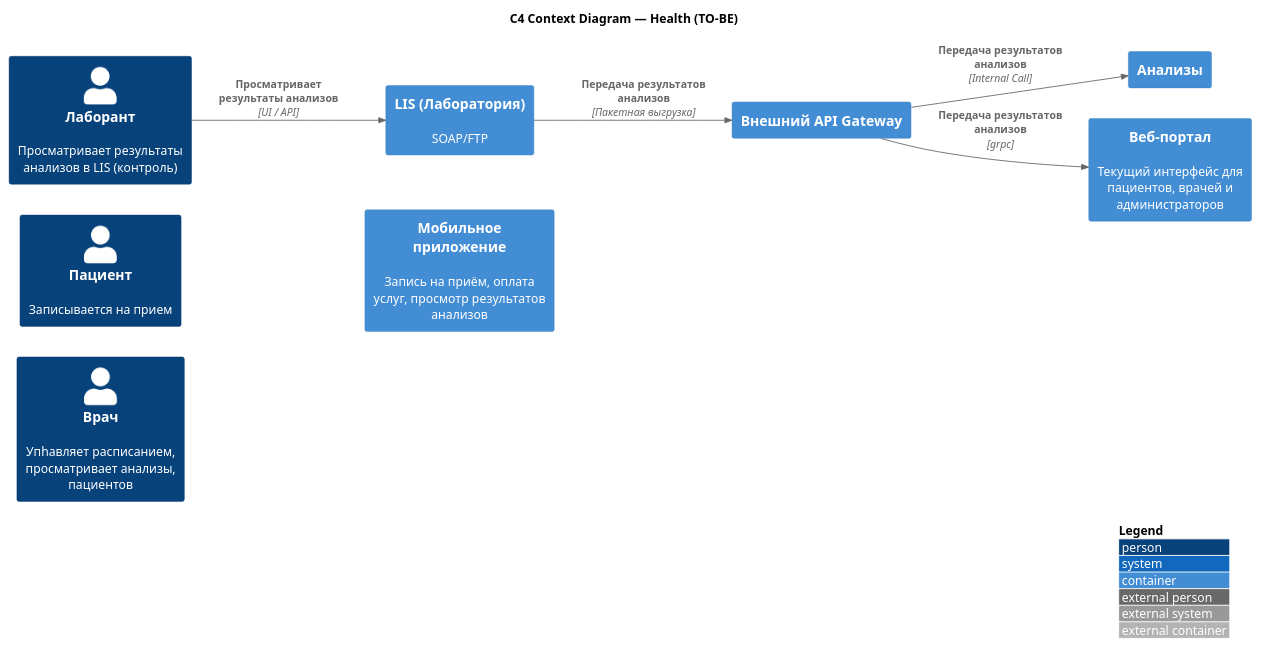
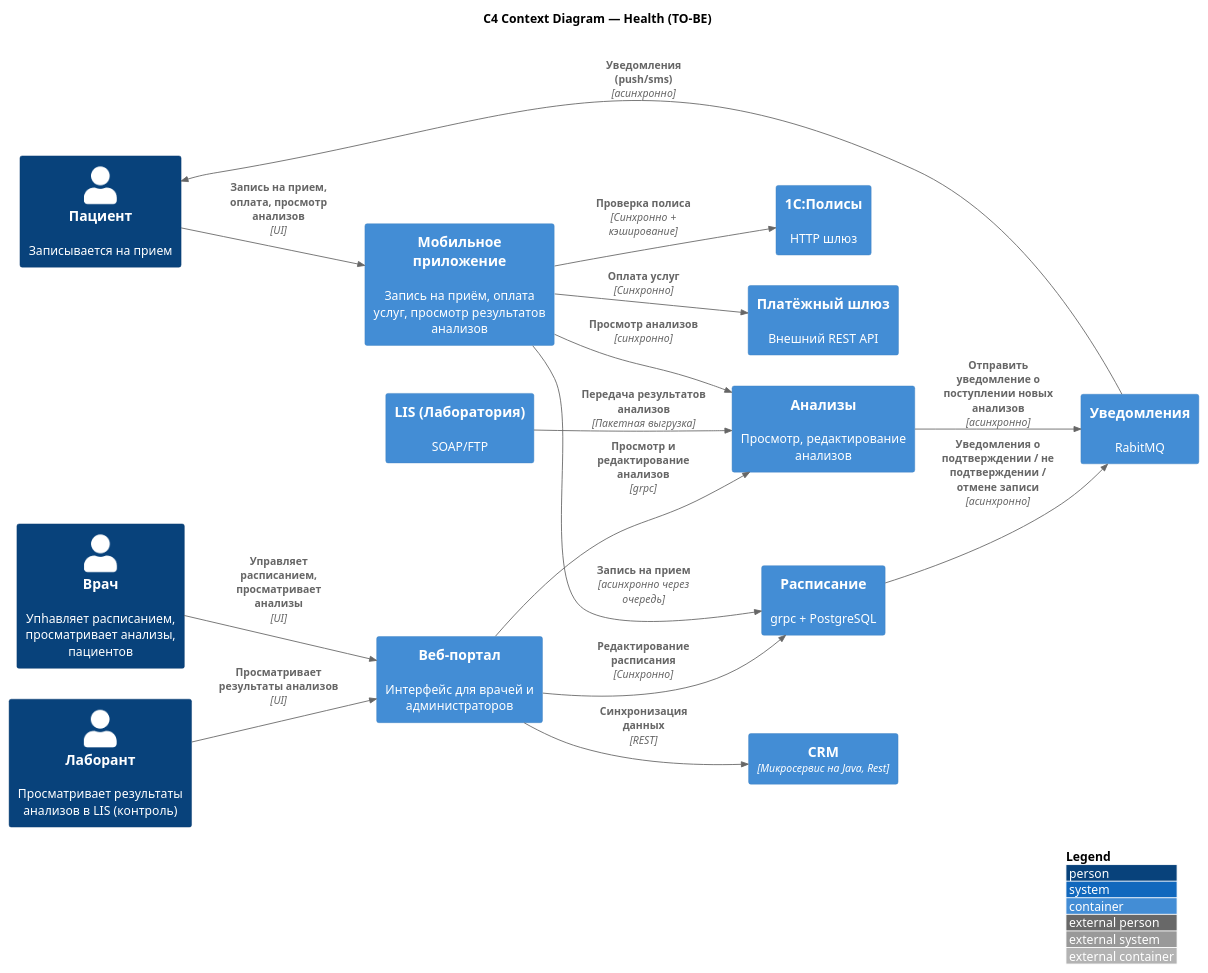
Before and after one commit to wan3s/Solution-Health: the diagram in Task2/tobe.wsd, drawn with PlantUML.

Commit message:
Task 2 done

```diff
--- a/Task2/tobe.wsd
+++ b/Task2/tobe.wsd
@@ -1,23 +1,39 @@
 @startuml
 !include https://raw.githubusercontent.com/plantuml-stdlib/C4-PlantUML/master/C4_Container.puml
 
 LAYOUT_WITH_LEGEND()
 LAYOUT_LEFT_RIGHT()
 
 title C4 Context Diagram — Health (TO-BE)
 Person(patient, "Пациент", "Записывается на прием")
 Person(doctor, "Врач", "Упhавляет расписанием, просматривает анализы, пациентов")
 Person(laborant, "Лаборант", "Просматривает результаты анализов в LIS (контроль)")
 
-Container(apiGateway, "Внешний API Gateway")
 Container(mobileApp, "Мобильное приложение", "", "Запись на приём, оплата услуг, просмотр результатов анализов")
 Container(laboratory, "LIS (Лаборатория)", "", "SOAP/FTP")
-Container(analysis, "Анализы", "", "")
-Container(webPortal, "Веб-портал", "", "Текущий интерфейс для пациентов, врачей и администраторов")
+Container(analysis, "Анализы", "", "Просмотр, редактирование анализов")
+Container(webPortal, "Веб-портал", "", "Интерфейс для врачей и администраторов")
+Container(notifications, "Уведомления", "", "RabitMQ")
+Container(paymentGateway, "Платёжный шлюз", "", "Внешний REST API")
+Container(schedule, "Расписание", "", "grpc + PostgreSQL")
+Container(policies, "1С:Полисы", "", "HTTP шлюз")
+Container(crm, "CRM", "Микросервис на Java, Rest")
 
-Rel(laborant, laboratory, "Просматривает результаты анализов", "UI / API")
-Rel(laboratory, apiGateway, "Передача результатов анализов", "Пакетная выгрузка")
-Rel(apiGateway, analysis, "Передача результатов анализов", "Internal Call")
-Rel(apiGateway, webPortal, "Передача результатов анализов", "grpc")
+Rel(laborant, webPortal, "Просматривает результаты анализов", "UI")
+Rel(webPortal, schedule, "Редактирование расписания", "Синхронно")
+Rel(webPortal, crm, "Синхронизация данных", "REST")
+Rel(laboratory, analysis, "Передача результатов анализов", "Пакетная выгрузка")
+Rel(webPortal, analysis, "Просмотр и редактирование анализов", "grpc")
+
+Rel(mobileApp, analysis, "Просмотр анализов", "синхронно")
+Rel(mobileApp, schedule, "Запись на прием", "асинхронно через очередь")
+Rel(mobileApp, paymentGateway, "Оплата услуг", "Синхронно")
+Rel(mobileApp, policies, "Проверка полиса", "Синхронно + кэширование")
+
+Rel(analysis, notifications, "Отправить уведомление о поступлении новых анализов", "асинхронно")
+Rel(doctor, webPortal, "Управляет расписанием, просматривает анализы", "UI")
+Rel(patient, mobileApp, "Запись на прием, оплата, просмотр анализов", "UI")
+Rel(notifications, patient, "Уведомления (push/sms)", "асинхронно")
+Rel(schedule, notifications, "Уведомления о подтверждении / не подтверждении / отмене записи", "асинхронно")
 
 @enduml
```
